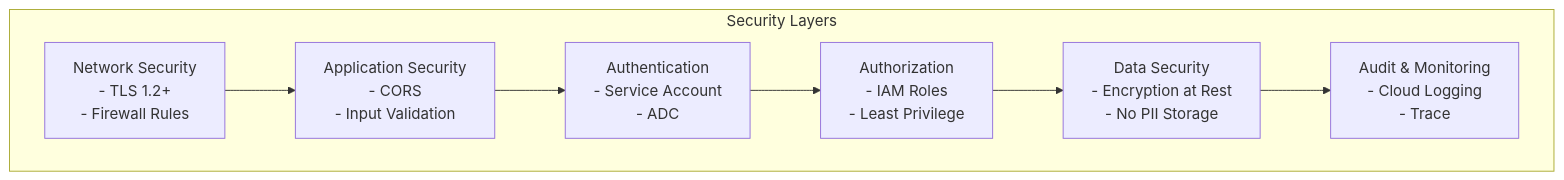
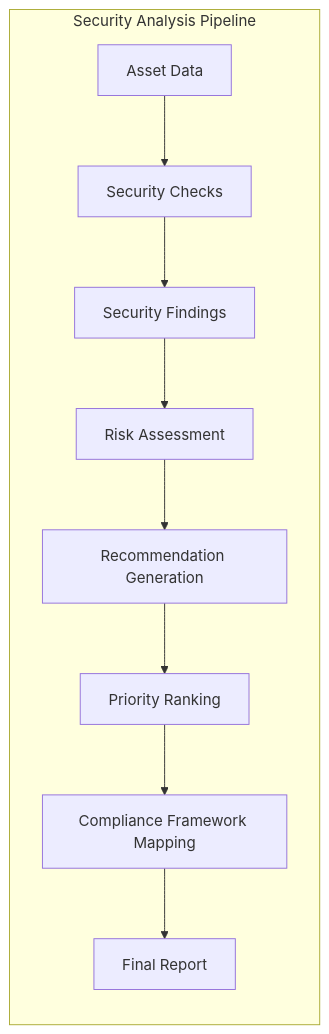
Before and after one commit to google/adk-python: the fifth of 6 diagrams in contributing/samples/security_agent/docs/architecture/ARCHITECTURE.md, drawn with Mermaid. The commit also changed other lines of this file and 287 other files, not shown here.

````diff
--- a/contributing/samples/security_agent/docs/architecture/ARCHITECTURE.md
+++ b/contributing/samples/security_agent/docs/architecture/ARCHITECTURE.md
@@ -454,10 +422,12 @@
 ```mermaid
-graph TB
-    subgraph "Security Layers"
-        A[Network Security<br/>- TLS 1.2+<br/>- Firewall Rules] --> B[Application Security<br/>- CORS<br/>- Input Validation]
-        B --> C[Authentication<br/>- Service Account<br/>- ADC]
-        C --> D[Authorization<br/>- IAM Roles<br/>- Least Privilege]
-        D --> E[Data Security<br/>- Encryption at Rest<br/>- No PII Storage]
-        E --> F[Audit & Monitoring<br/>- Cloud Logging<br/>- Trace]
+graph LR
+    subgraph "Security Analysis Pipeline"
+        AS[Asset Data] --> SC[Security Checks]
+        SC --> SF[Security Findings]
+        SF --> RA[Risk Assessment]
+        RA --> RG[Recommendation Generation]
+        RG --> PR[Priority Ranking]
+        PR --> CF[Compliance Framework Mapping]
+        CF --> FR[Final Report]
     end
 ```
````
